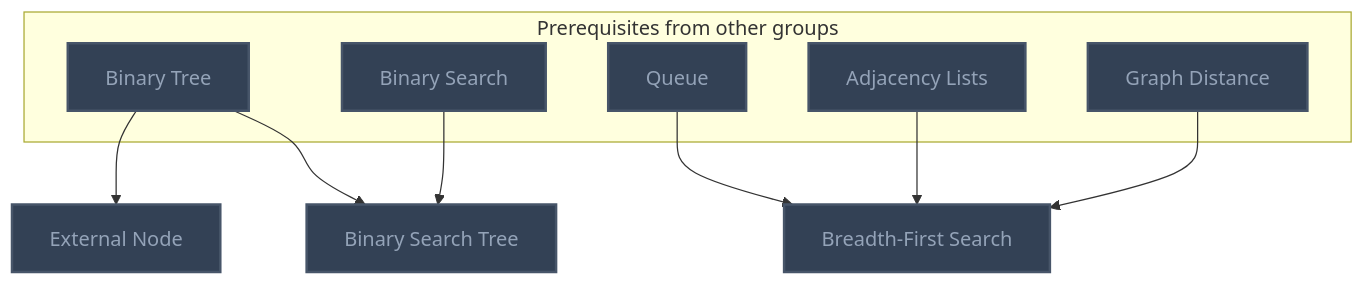
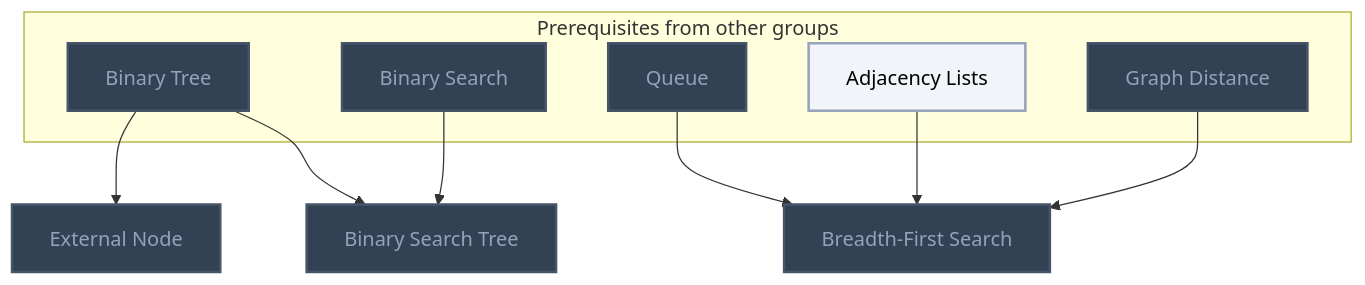
The eighth of 17 diagrams in Gamification/Skill Trees/Data Structures and Algorithms.md (MRauf1/My-Notes), drawn with Mermaid before and after one commit. The commit also changed other lines of this file and 145 other files, not shown here.

````diff
--- a/Gamification/Skill Trees/Data Structures and Algorithms.md
+++ b/Gamification/Skill Trees/Data Structures and Algorithms.md
@@ -275,30 +278,31 @@
 ```mermaid
 flowchart TD
     classDef planned fill:#1E293B,stroke:#64748B,stroke-width:2px,stroke-dasharray:5 5,color:#94A3B8;
     classDef locked fill:#334155,stroke:#475569,stroke-width:2px,color:#94A3B8;
     classDef L0 fill:#F1F5F9,stroke:#94A3B8,stroke-width:2px,color:#000000;
     classDef L1 fill:#22C55E,stroke:#15803D,stroke-width:2px,color:#000000;
     classDef L2 fill:#3B82F6,stroke:#1D4ED8,stroke-width:3px,color:#FFFFFF;
     classDef L3 fill:#A855F7,stroke:#6B21A8,stroke-width:3px,color:#FFFFFF,font-weight:bold;
     classDef L4 fill:#F97316,stroke:#C2410C,stroke-width:4px,color:#000000,font-weight:bold;
     classDef L5 fill:#FFD700,stroke:#FF8C00,stroke-width:5px,color:#000000,font-weight:bold;
     classDef rusty stroke:#8B4513,stroke-width:4px,stroke-dasharray:3 3;
     subgraph sg_prereqs["Prerequisites from other groups"]
         n_binary_tree["Binary Tree"]
         n_queue["Queue"]
         n_adjacency_lists["Adjacency Lists"]
         n_graph_distance["Graph Distance"]
         n_binary_search["Binary Search"]
     end
     n_external_node["External Node"]
     n_breadth_first_search["Breadth-First Search"]
     n_binary_search_tree["Binary Search Tree"]
     n_binary_tree --> n_external_node
     n_queue --> n_breadth_first_search
     n_adjacency_lists --> n_breadth_first_search
     n_graph_distance --> n_breadth_first_search
     n_binary_tree --> n_binary_search_tree
     n_binary_search --> n_binary_search_tree
-    class n_binary_tree,n_queue,n_adjacency_lists,n_graph_distance,n_binary_search,n_external_node,n_breadth_first_search,n_binary_search_tree locked;
+    class n_binary_tree,n_queue,n_graph_distance,n_binary_search,n_external_node,n_breadth_first_search,n_binary_search_tree locked;
+    class n_adjacency_lists L0;
     class n_binary_tree,n_queue,n_adjacency_lists,n_graph_distance,n_binary_search,n_external_node,n_breadth_first_search,n_binary_search_tree internal-link;
 ```
````
